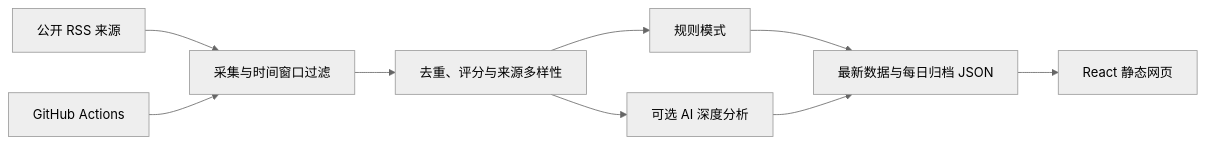
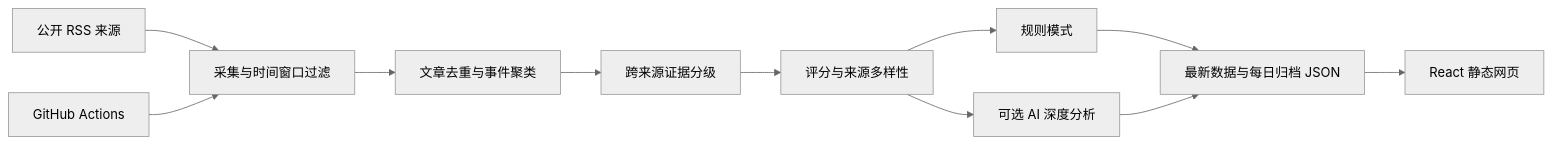
The diagram in README.md (Allennb666/dailynews-briefing), drawn with Mermaid (neutral theme) before and after one commit. The commit also changed other lines of this file and 14 other files, not shown here.

````diff
--- a/README.md
+++ b/README.md
@@ -31,11 +31,13 @@
 ```mermaid
 flowchart LR
   RSS["公开 RSS 来源"] --> COLLECT["采集与时间窗口过滤"]
-  COLLECT --> RANK["去重、评分与来源多样性"]
+  COLLECT --> EVENT["文章去重与事件聚类"]
+  EVENT --> VERIFY["跨来源证据分级"]
+  VERIFY --> RANK["评分与来源多样性"]
   RANK --> RULES["规则模式"]
   RANK --> AI["可选 AI 深度分析"]
   RULES --> JSON["最新数据与每日归档 JSON"]
   AI --> JSON
   JSON --> WEB["React 静态网页"]
   ACTIONS["GitHub Actions"] --> COLLECT
 ```
````
